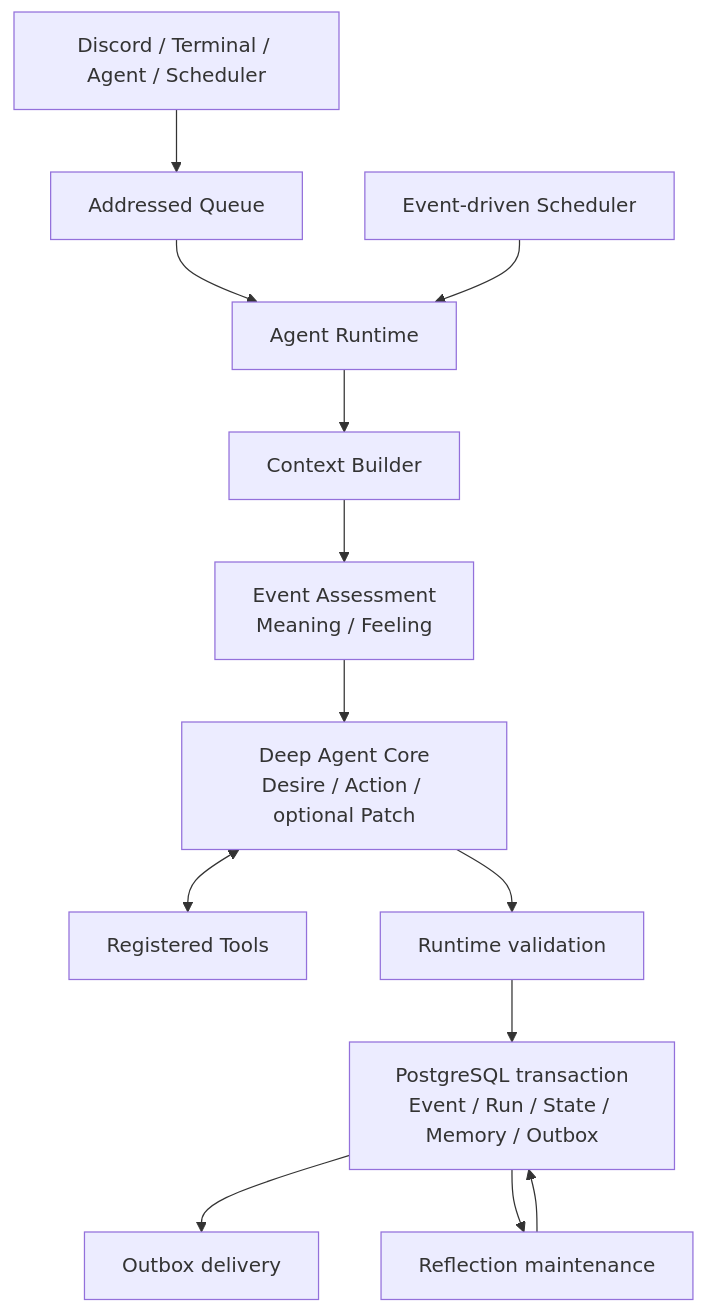
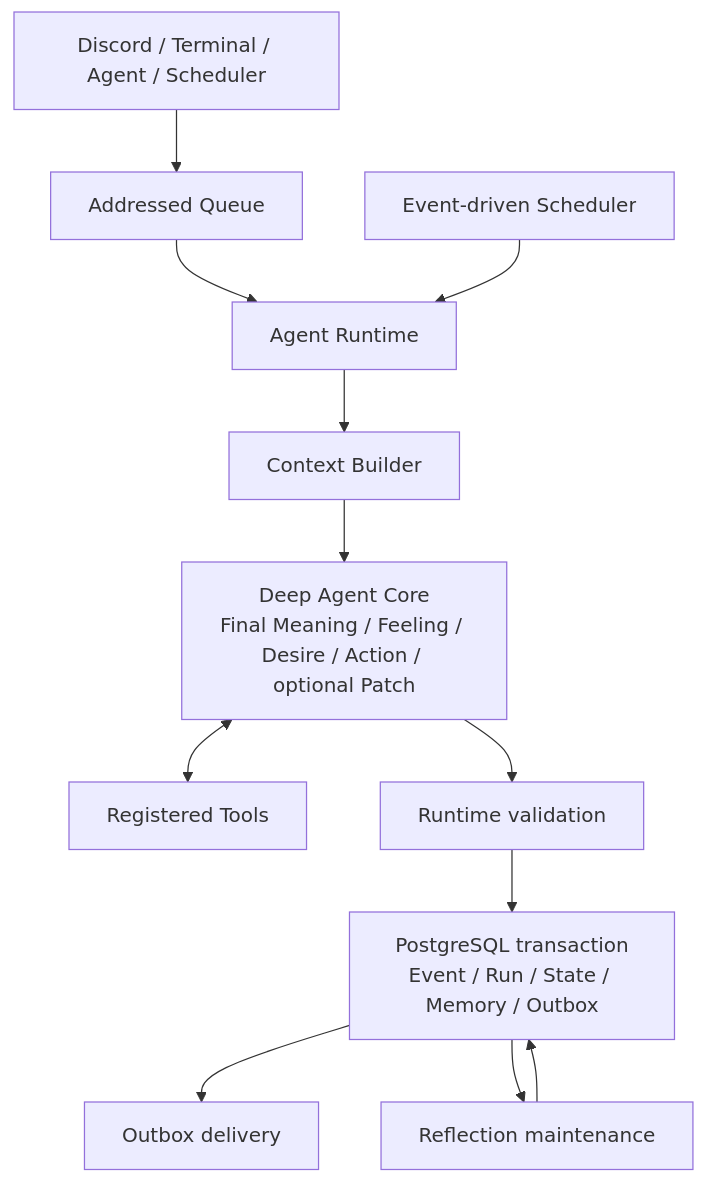
One commit to if001/social_agent changed the diagram in docs/ARCHITECTURE.md. Above: the diagram before and after it, drawn with Mermaid. The commit also changed other lines of this file and 243 other files, not shown here.

````diff
--- a/docs/ARCHITECTURE.md
+++ b/docs/ARCHITECTURE.md
@@ -7,15 +45,14 @@
 ```mermaid
 flowchart TD
   U[Discord / Terminal / Agent / Scheduler] --> Q[Addressed Queue]
   Q --> R[Agent Runtime]
   R --> C[Context Builder]
-  C --> E[Event Assessment<br/>Meaning / Feeling]
-  E --> A[Deep Agent Core<br/>Desire / Action / optional Patch]
+  C --> A[Deep Agent Core<br/>Final Meaning / Feeling / Desire / Action / optional Patch]
   A <--> T[Registered Tools]
   A --> V[Runtime validation]
   V --> P[PostgreSQL transaction<br/>Event / Run / State / Memory / Outbox]
   P --> O[Outbox delivery]
   S[Event-driven Scheduler] --> R
   P --> F[Reflection maintenance]
   F --> P
 ```
````
